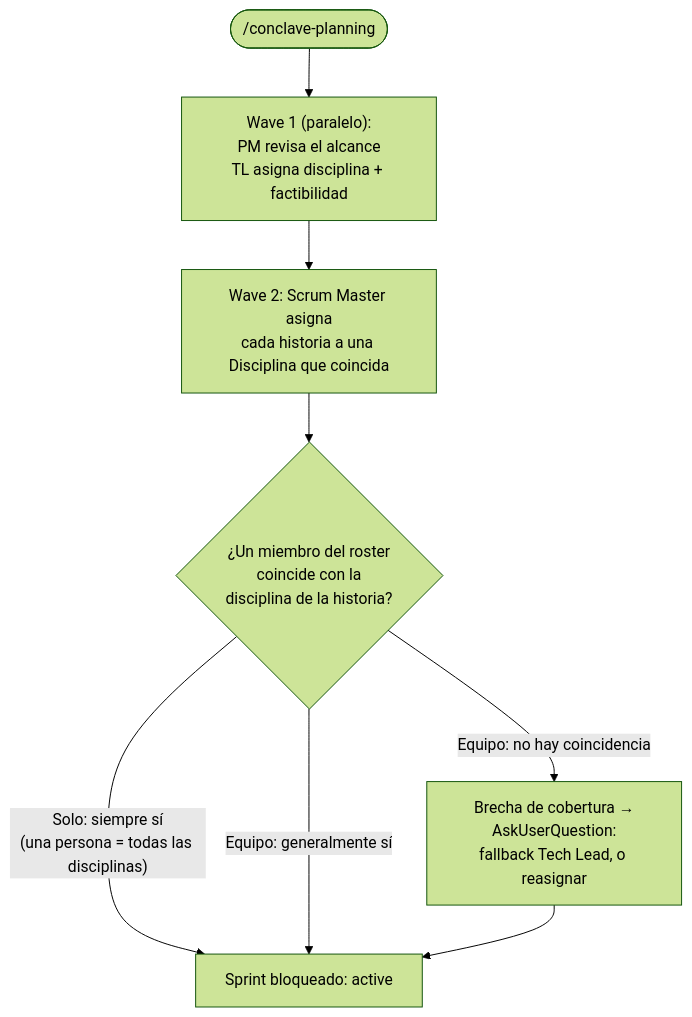
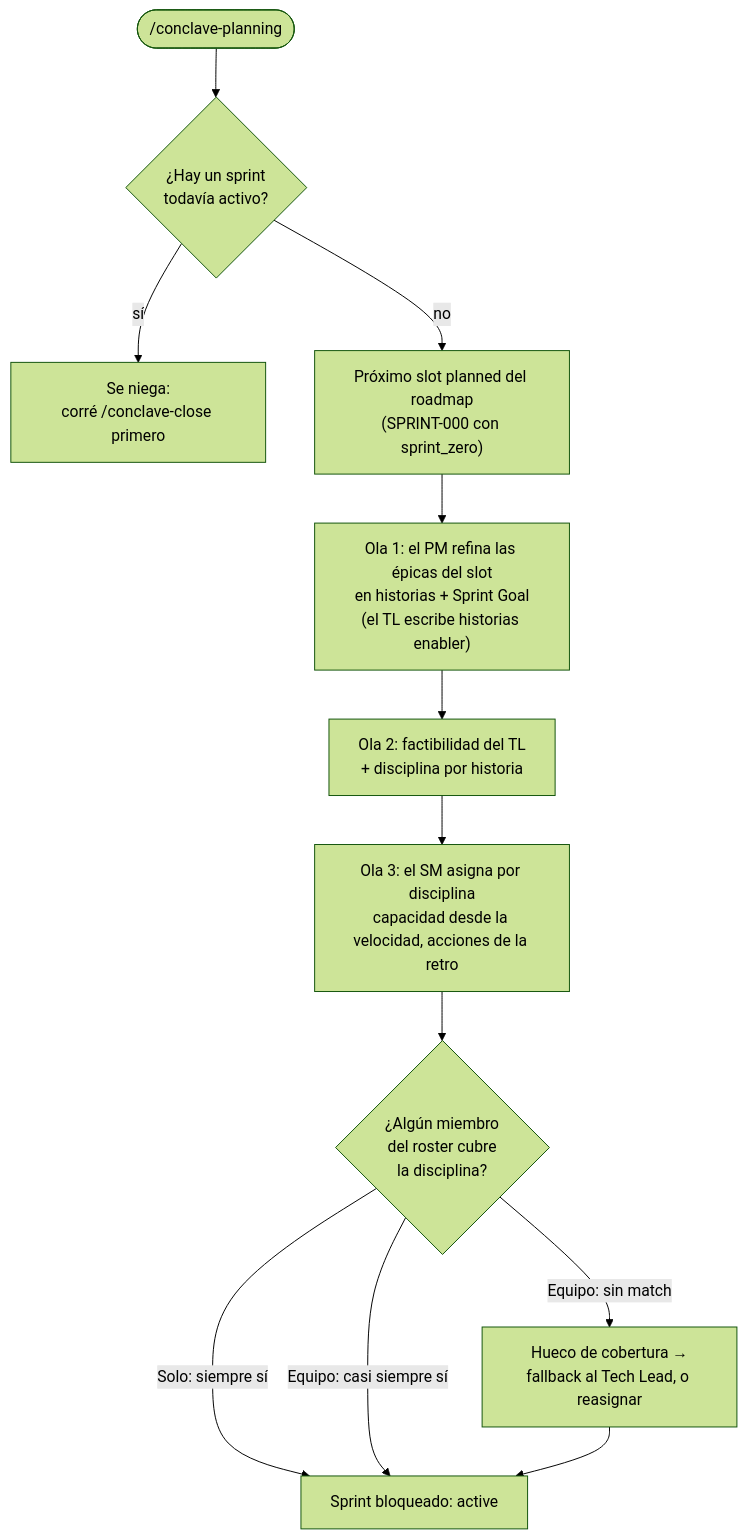
Before and after one commit to giolabs/conclave: the third of 5 diagrams in site/content/es/workflow.mdx, drawn with Mermaid (forest theme). The commit also changed other lines of this file and 56 other files, not shown here.

````diff
--- a/site/content/es/workflow.mdx
+++ b/site/content/es/workflow.mdx
@@ -35,12 +51,14 @@
 ```mermaid
 flowchart TD
-    Plan(["/conclave-planning"]) --> Wave1["Wave 1 (paralelo):<br/>PM revisa el alcance<br/>TL asigna disciplina + factibilidad"]
-    Wave1 --> Wave2["Wave 2: Scrum Master asigna<br/>cada historia a una Disciplina que coincida"]
-
-    Wave2 --> Match{"¿Un miembro del roster<br/>coincide con la<br/>disciplina de la historia?"}
-
-    Match -->|"Solo: siempre sí<br/>(una persona = todas las disciplinas)"| Lock["Sprint bloqueado: active"]
-    Match -->|"Equipo: generalmente sí"| Lock
-    Match -->|"Equipo: no hay coincidencia"| Gap["Brecha de cobertura →<br/>AskUserQuestion:<br/>fallback Tech Lead, o reasignar"]
+    Plan(["/conclave-planning"]) --> Gate{"¿Hay un sprint<br/>todavía activo?"}
+    Gate -->|sí| Refuse["Se niega:<br/>corré /conclave-close primero"]
+    Gate -->|no| Slot["Próximo slot planned del roadmap<br/>(SPRINT-000 con sprint_zero)"]
+    Slot --> W1["Ola 1: el PM refina las épicas del slot<br/>en historias + Sprint Goal<br/>(el TL escribe historias enabler)"]
+    W1 --> W2["Ola 2: factibilidad del TL<br/>+ disciplina por historia"]
+    W2 --> W3["Ola 3: el SM asigna por disciplina<br/>capacidad desde la velocidad, acciones de la retro"]
+    W3 --> Match{"¿Algún miembro<br/>del roster cubre<br/>la disciplina?"}
+    Match -->|"Solo: siempre sí"| Lock["Sprint bloqueado: active"]
+    Match -->|"Equipo: casi siempre sí"| Lock
+    Match -->|"Equipo: sin match"| Gap["Hueco de cobertura →<br/>fallback al Tech Lead, o reasignar"]
     Gap --> Lock
 ```
````
